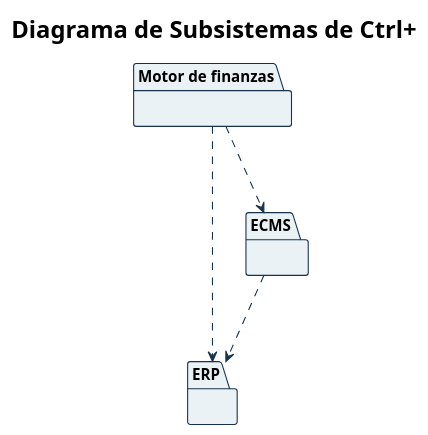
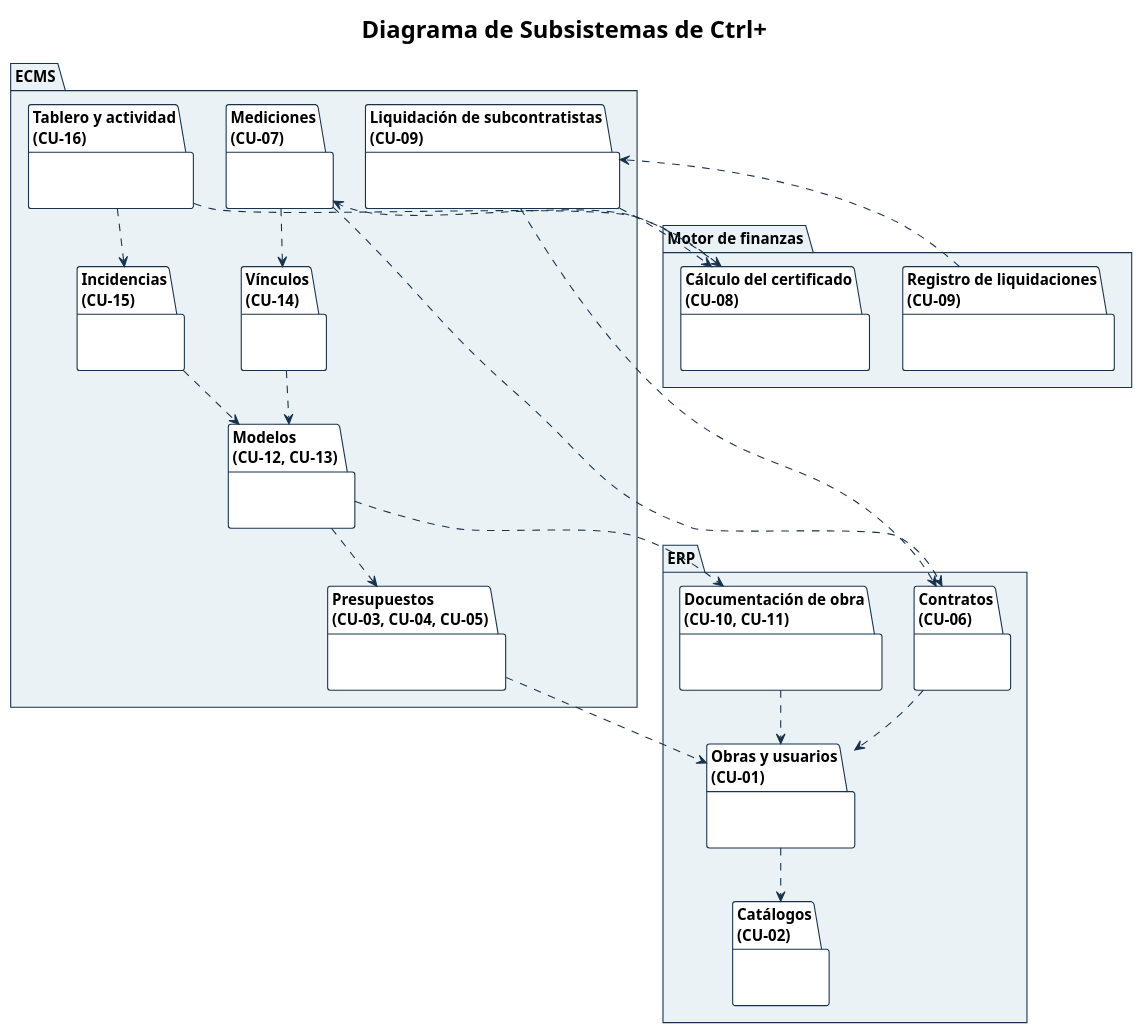
One commit to Ssrrb/tpf-uca changed the diagram in diagramas/CU-00-paquetes.puml. Above: the diagram before and after it, drawn with PlantUML. The commit also changed 1 other file, not shown here.

Commit message:
Rehacer diagrama de subsistemas: paquetes por CU y sus dependencias
Claude-Session: https://claude.ai/code/session_01SsyG3wUJjJavC4bKm9ePMa

```diff
--- a/diagramas/CU-00-paquetes.puml
+++ b/diagramas/CU-00-paquetes.puml
@@ -1,50 +1,95 @@
 @startuml
 !theme plain
 skinparam style strictuml
 skinparam shadowing false
 skinparam defaultFontName Arial
 skinparam defaultFontSize 14
 skinparam ArrowColor #17324D
 skinparam activity {
   StartColor #17324D
   EndColor #17324D
   BarColor #17324D
   BackgroundColor #F5F8FA
   BorderColor #17324D
   DiamondBackgroundColor #EAF2F6
   DiamondBorderColor #17324D
 }
 skinparam swimlane {
   BorderColor #17324D
   TitleBackgroundColor #EAF2F6
 }
 skinparam state {
   StartColor #17324D
   EndColor #17324D
   BackgroundColor #F5F8FA
   BorderColor #17324D
 }
 skinparam package {
   BackgroundColor #EAF2F6
   BorderColor #17324D
 }
 skinparam note {
   BackgroundColor #FFFFFF
   BorderColor #17324D
 }
 title Diagrama de Subsistemas de Ctrl+
-skinparam nodesep 60
-skinparam ranksep 80
-
-package "ERP" as erp {
-}
-package "ECMS" as ecms {
-}
-package "Motor de finanzas" as mf {
+skinparam nodesep 30
+skinparam ranksep 50
+skinparam package {
+  BackgroundColor #EAF2F6
+  BorderColor #17324D
 }
 
-ecms ..> erp
-mf ..> ecms
-mf ..> erp
+package "ERP" as erp #EAF2F6 {
+  package "Obras y usuarios\n(CU-01)" as obr #FFFFFF {
+  }
+  package "Catálogos\n(CU-02)" as cat #FFFFFF {
+  }
+  package "Contratos\n(CU-06)" as con #FFFFFF {
+  }
+  package "Documentación de obra\n(CU-10, CU-11)" as doc #FFFFFF {
+  }
+}
+
+package "ECMS" as ecms #EAF2F6 {
+  package "Presupuestos\n(CU-03, CU-04, CU-05)" as pre #FFFFFF {
+  }
+  package "Modelos\n(CU-12, CU-13)" as mod #FFFFFF {
+  }
+  package "Vínculos\n(CU-14)" as vin #FFFFFF {
+  }
+  package "Incidencias\n(CU-15)" as inc #FFFFFF {
+  }
+  package "Mediciones\n(CU-07)" as med #FFFFFF {
+  }
+  package "Liquidación de subcontratistas\n(CU-09)" as liq #FFFFFF {
+  }
+  package "Tablero y actividad\n(CU-16)" as tab #FFFFFF {
+  }
+}
+
+package "Motor de finanzas" as mf #EAF2F6 {
+  package "Cálculo del certificado\n(CU-08)" as cal #FFFFFF {
+  }
+  package "Registro de liquidaciones\n(CU-09)" as reg #FFFFFF {
+  }
+}
+
+tab ..> cal
+tab ..> inc
+reg ..> liq
+liq ..> cal
+liq ..> con
+cal ..> med
+med ..> vin
+med ..> con
+inc ..> mod
+vin ..> mod
+mod ..> pre
+mod ..> doc
+pre ..> obr
+doc ..> obr
+con ..> obr
+obr ..> cat
 
 @enduml
```
